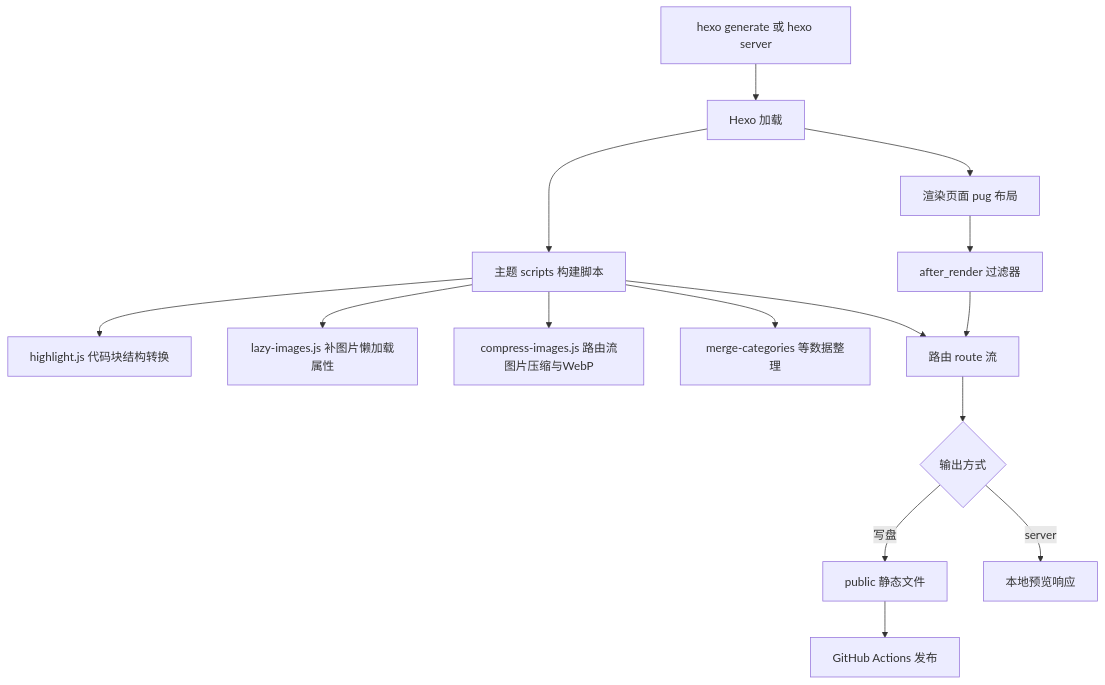
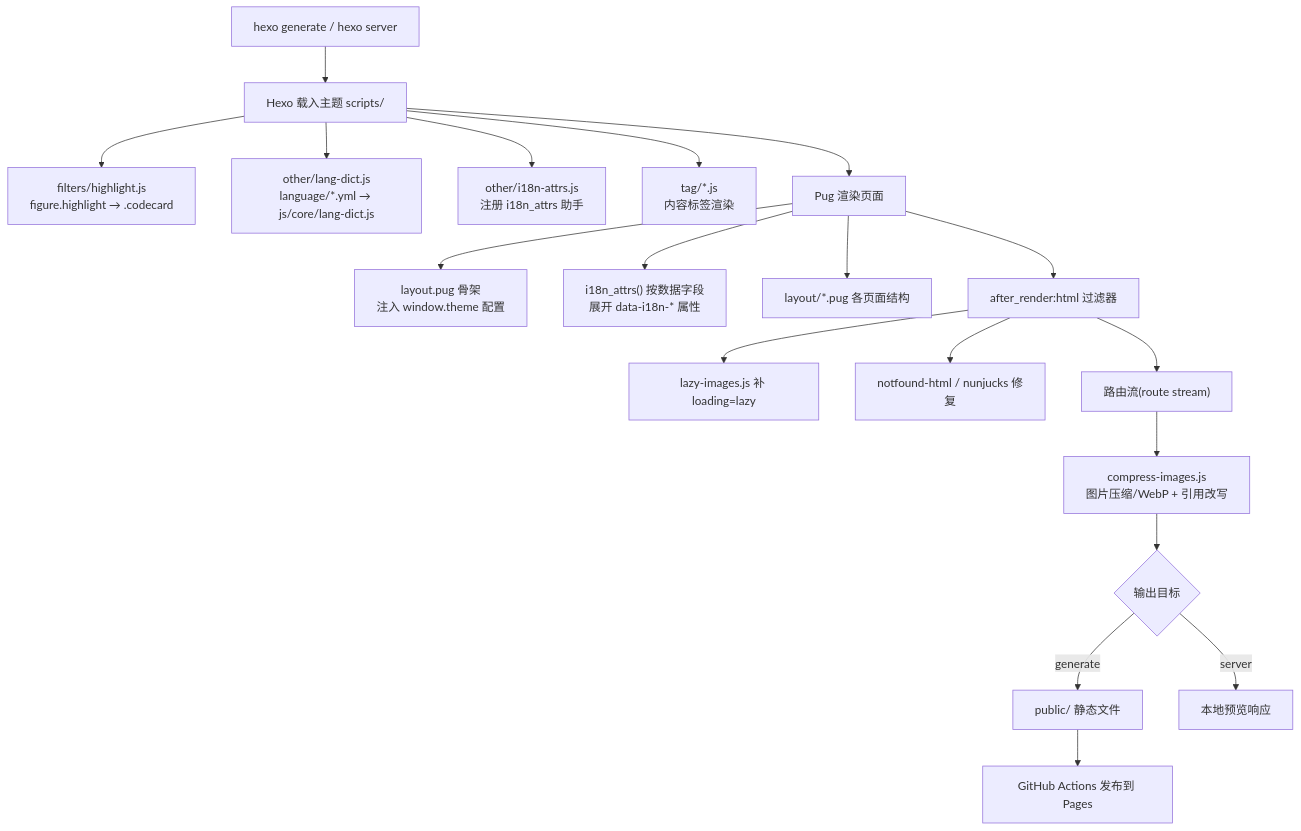
Before and after one commit to huyangpahuo/magzine-branch: the second of 4 diagrams in docs/01-架构总览.md, drawn with Mermaid. The commit also changed other lines of this file and 12 other files, not shown here.

````diff
--- a/docs/01-架构总览.md
+++ b/docs/01-架构总览.md
@@ -5,17 +69,21 @@
 ```mermaid
 flowchart TD
-    A["hexo generate 或 hexo server"] --> B["Hexo 加载"]
-    B --> C["主题 scripts 构建脚本"]
-    C --> C1["highlight.js 代码块结构转换"]
-    C --> C2["lazy-images.js 补图片懒加载属性"]
-    C --> C3["compress-images.js 路由流图片压缩与WebP"]
-    C --> C4["merge-categories 等数据整理"]
-    B --> D["渲染页面 pug 布局"]
-    D --> E["after_render 过滤器"]
-    C --> F["路由 route 流"]
-    E --> F
-    F --> G{"输出方式"}
-    G -->|写盘| H["public 静态文件"]
-    G -->|server| I["本地预览响应"]
-    H --> J["GitHub Actions 发布"]
+    A["hexo generate / hexo server"] --> B["Hexo 载入主题 scripts/"]
+    B --> B1["filters/highlight.js<br/>figure.highlight → .codecard"]
+    B --> B2["other/lang-dict.js<br/>language/*.yml → js/core/lang-dict.js"]
+    B --> B3["other/i18n-attrs.js<br/>注册 i18n_attrs 助手"]
+    B --> B4["tag/*.js<br/>内容标签渲染"]
+    B --> C["Pug 渲染页面"]
+    C --> C1["layout.pug 骨架<br/>注入 window.theme 配置"]
+    C --> C2["i18n_attrs() 按数据字段<br/>展开 data-i18n-* 属性"]
+    C --> C3["layout/*.pug 各页面结构"]
+    C --> D["after_render:html 过滤器"]
+    D --> D1["lazy-images.js 补 loading=lazy"]
+    D --> D2["notfound-html / nunjucks 修复"]
+    D --> E["路由流(route stream)"]
+    E --> E1["compress-images.js<br/>图片压缩/WebP + 引用改写"]
+    E1 --> F{"输出目标"}
+    F -->|generate| G["public/ 静态文件"]
+    F -->|server| H["本地预览响应"]
+    G --> I["GitHub Actions 发布到 Pages"]
 ```
````
